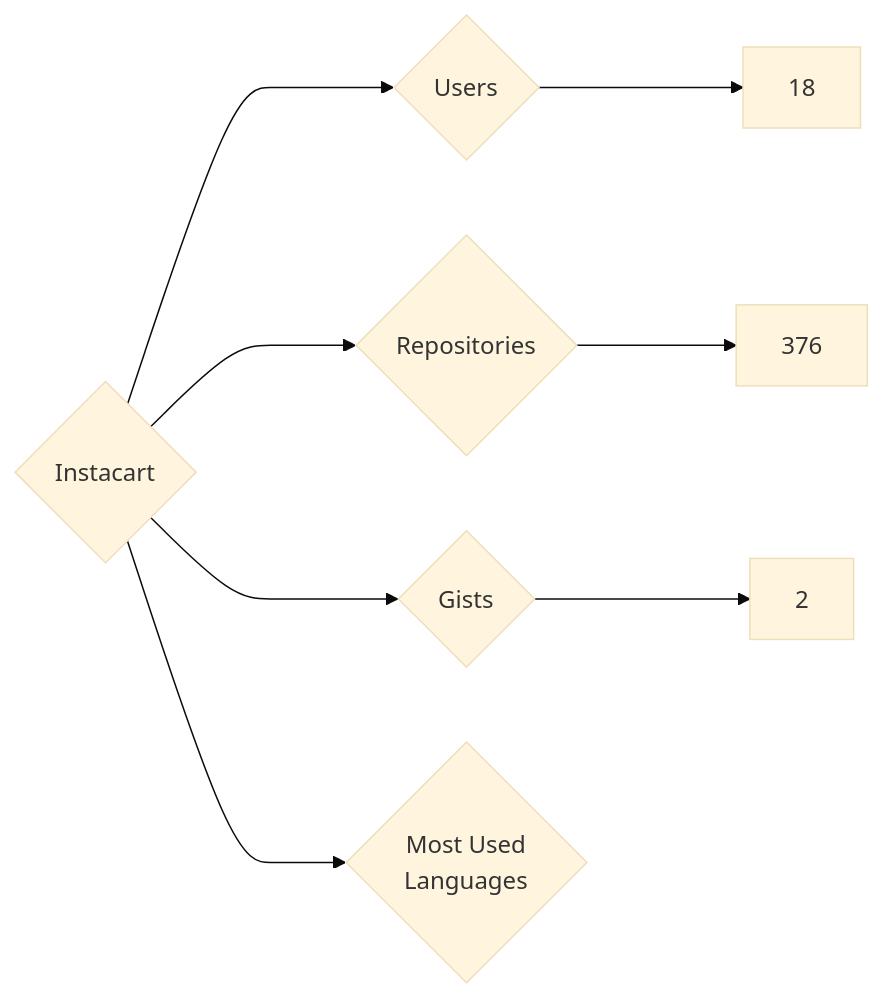
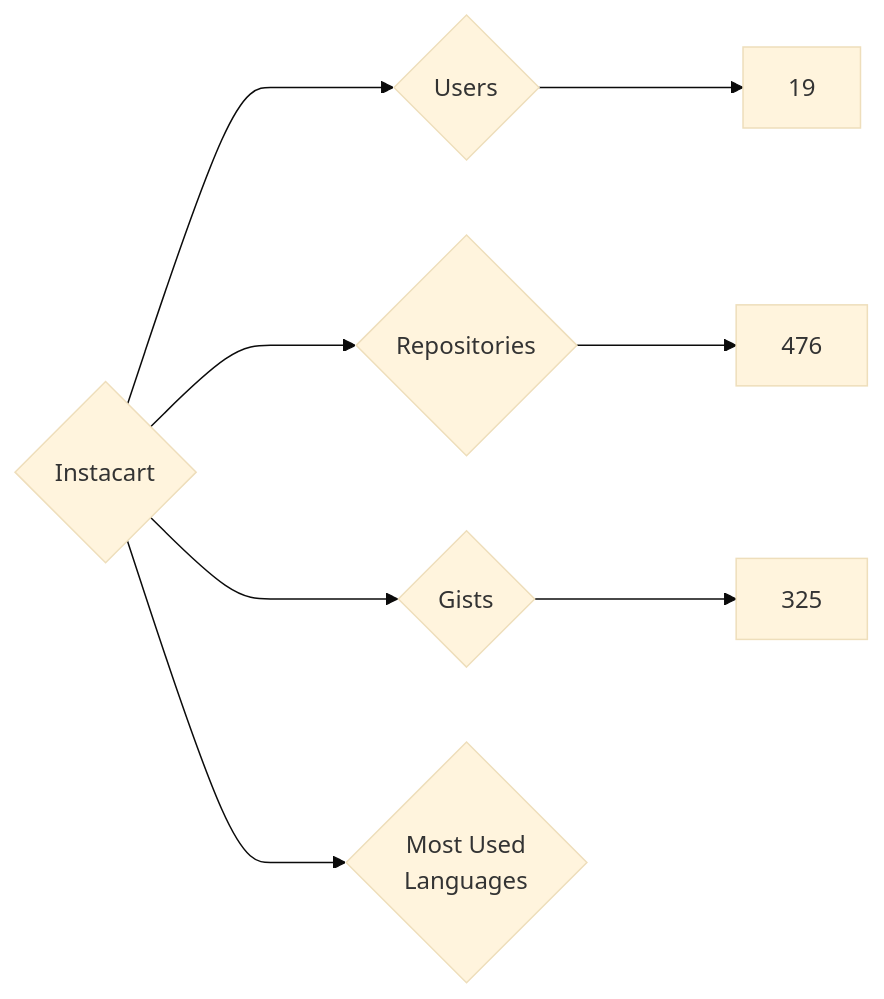
One commit to nenadzaric/insiders changed the diagram in targets/Instacart/README.md. Above: the diagram before and after it, drawn with Mermaid (base theme). The commit also changed 1342 other files, not shown here.

````diff
--- a/targets/Instacart/README.md
+++ b/targets/Instacart/README.md
@@ -3,8 +3,8 @@
 ```mermaid
 graph LR
 COMPANY_NAME{Instacart}
-COMPANY_NAME ---> U{Users} ---> UN[18]
-COMPANY_NAME ---> R{Repositories} ---> RN[376]
-COMPANY_NAME ---> G{Gists} ---> GN[2]
+COMPANY_NAME ---> U{Users} ---> UN[19]
+COMPANY_NAME ---> R{Repositories} ---> RN[476]
+COMPANY_NAME ---> G{Gists} ---> GN[325]
 COMPANY_NAME ---> ML{Most Used<br>Languages}
 ```
````
